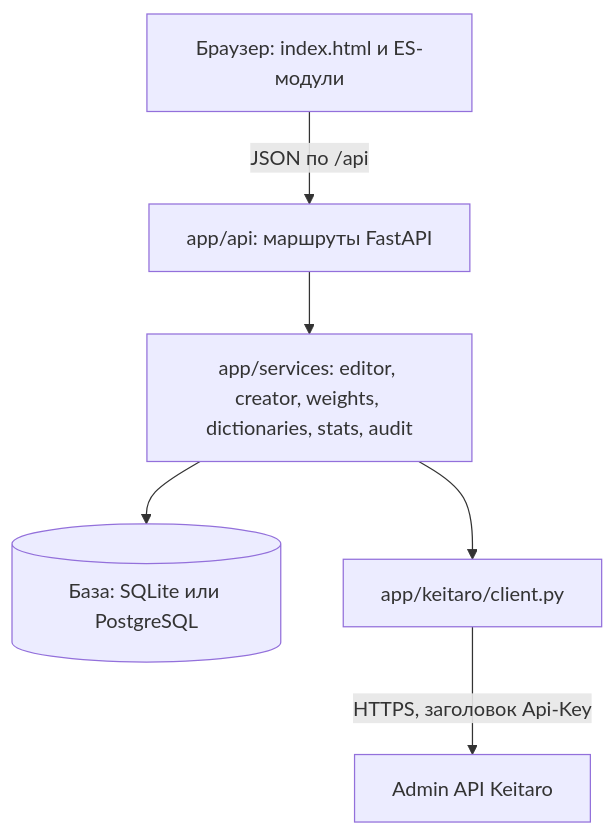
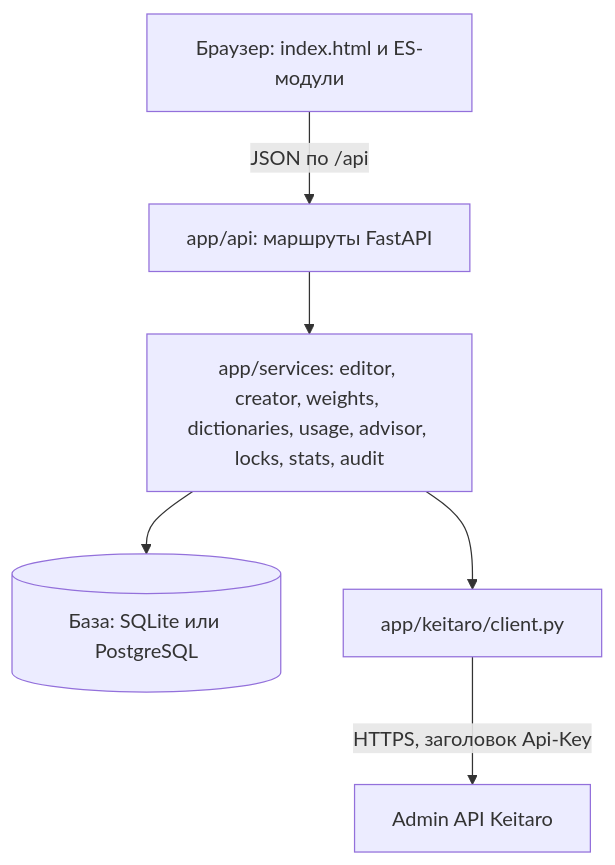
One commit to ermahavwork/adrobot-keitaro changed the first of 4 diagrams in docs/ARCHITECTURE.md. Above: the diagram before and after it, drawn with Mermaid. The commit also changed other lines of this file and 61 other files, not shown here.

````diff
--- a/docs/ARCHITECTURE.md
+++ b/docs/ARCHITECTURE.md
@@ -7,8 +7,8 @@
 ```mermaid
 flowchart TD
     UI["Браузер: index.html и ES-модули"] -->|"JSON по /api"| API["app/api: маршруты FastAPI"]
-    API --> SVC["app/services: editor, creator, weights, dictionaries, stats, audit"]
+    API --> SVC["app/services: editor, creator, weights, dictionaries, usage, advisor, locks, stats, audit"]
     SVC --> DB[("База: SQLite или PostgreSQL")]
     SVC --> CL["app/keitaro/client.py"]
     CL -->|"HTTPS, заголовок Api-Key"| KT["Admin API Keitaro"]
 ```
````
